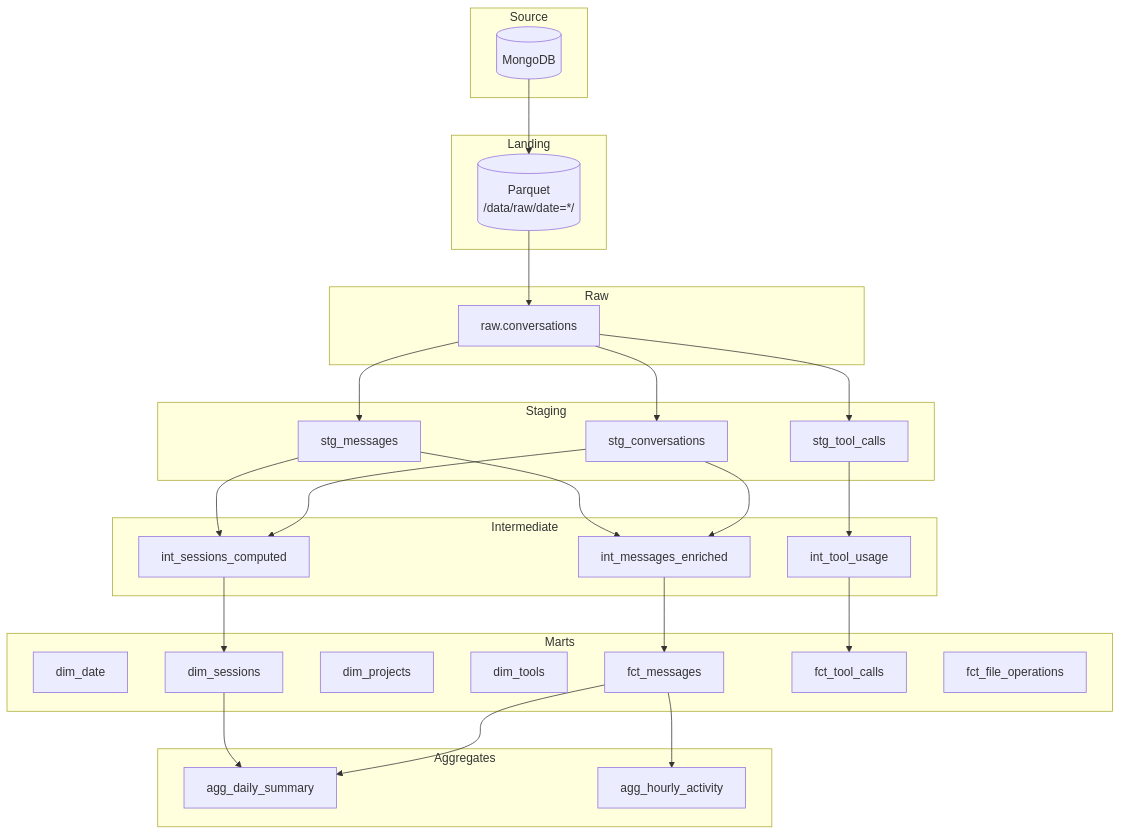
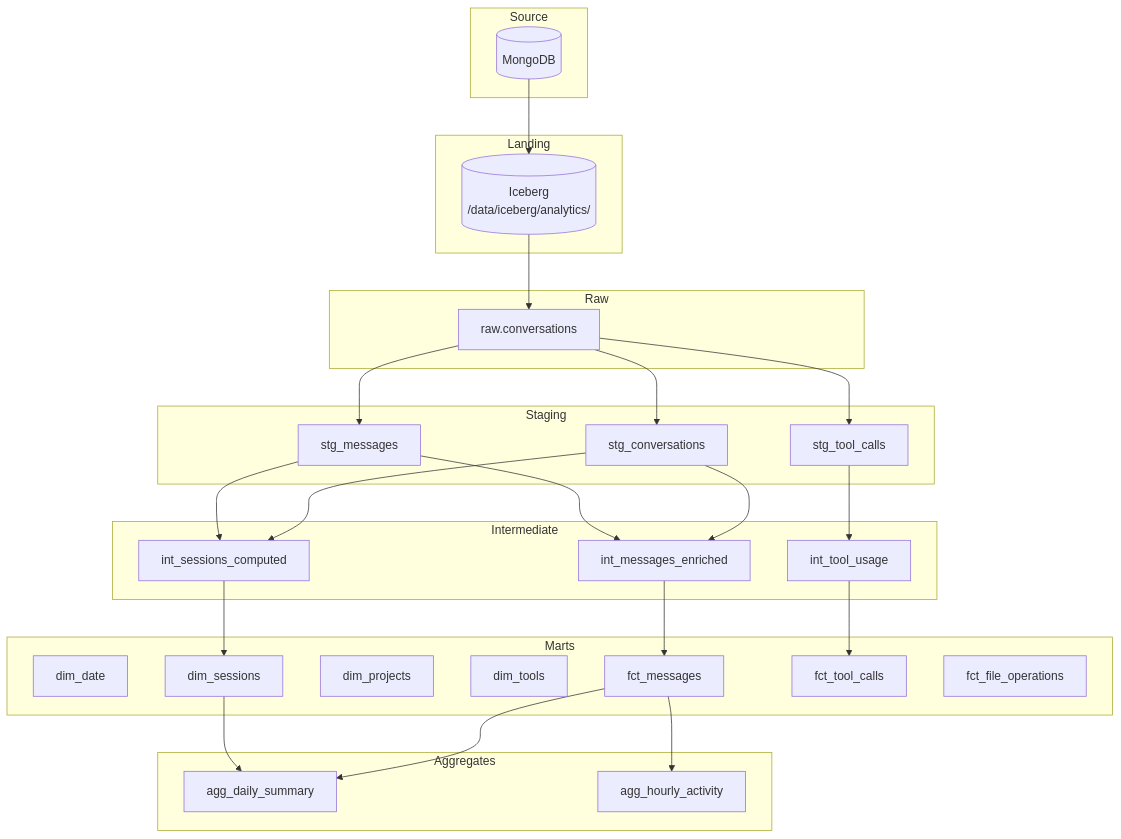
One commit to farshad-akbari-hb/claude-code-conversation-analytics changed the fourth of 17 diagrams in analytics/ARCHITECTURE.md. Above: the diagram before and after it, drawn with Mermaid. The commit also changed other lines of this file and 26 other files, not shown here.

First line of the commit message:
claude/parquet-to-iceberg-migration-L3Vxm (#1)

````diff
--- a/analytics/ARCHITECTURE.md
+++ b/analytics/ARCHITECTURE.md
@@ -254,58 +254,58 @@
 ```mermaid
 flowchart TB
     subgraph Source
         MONGO[(MongoDB)]
     end
 
     subgraph Landing
-        PQ[("Parquet<br/>/data/raw/date=*/")]
+        ICE[("Iceberg<br/>/data/iceberg/analytics/")]
     end
 
     subgraph Raw
         RC[raw.conversations]
     end
 
     subgraph Staging
         SC[stg_conversations]
         SM[stg_messages]
         ST[stg_tool_calls]
     end
 
     subgraph Intermediate
         IME[int_messages_enriched]
         ITU[int_tool_usage]
         ISC[int_sessions_computed]
     end
 
     subgraph Marts
         DD[dim_date]
         DS[dim_sessions]
         DP[dim_projects]
         DT[dim_tools]
         FM[fct_messages]
         FT[fct_tool_calls]
         FF[fct_file_operations]
     end
 
     subgraph Aggregates
         ADS[agg_daily_summary]
         AHA[agg_hourly_activity]
     end
 
-    MONGO --> PQ
-    PQ --> RC
+    MONGO --> ICE
+    ICE --> RC
     RC --> SC
     RC --> SM
     RC --> ST
     SC --> IME
     SM --> IME
     ST --> ITU
     SC --> ISC
     SM --> ISC
     IME --> FM
     ITU --> FT
     ISC --> DS
     FM --> ADS
     FM --> AHA
     DS --> ADS
 ```
````
